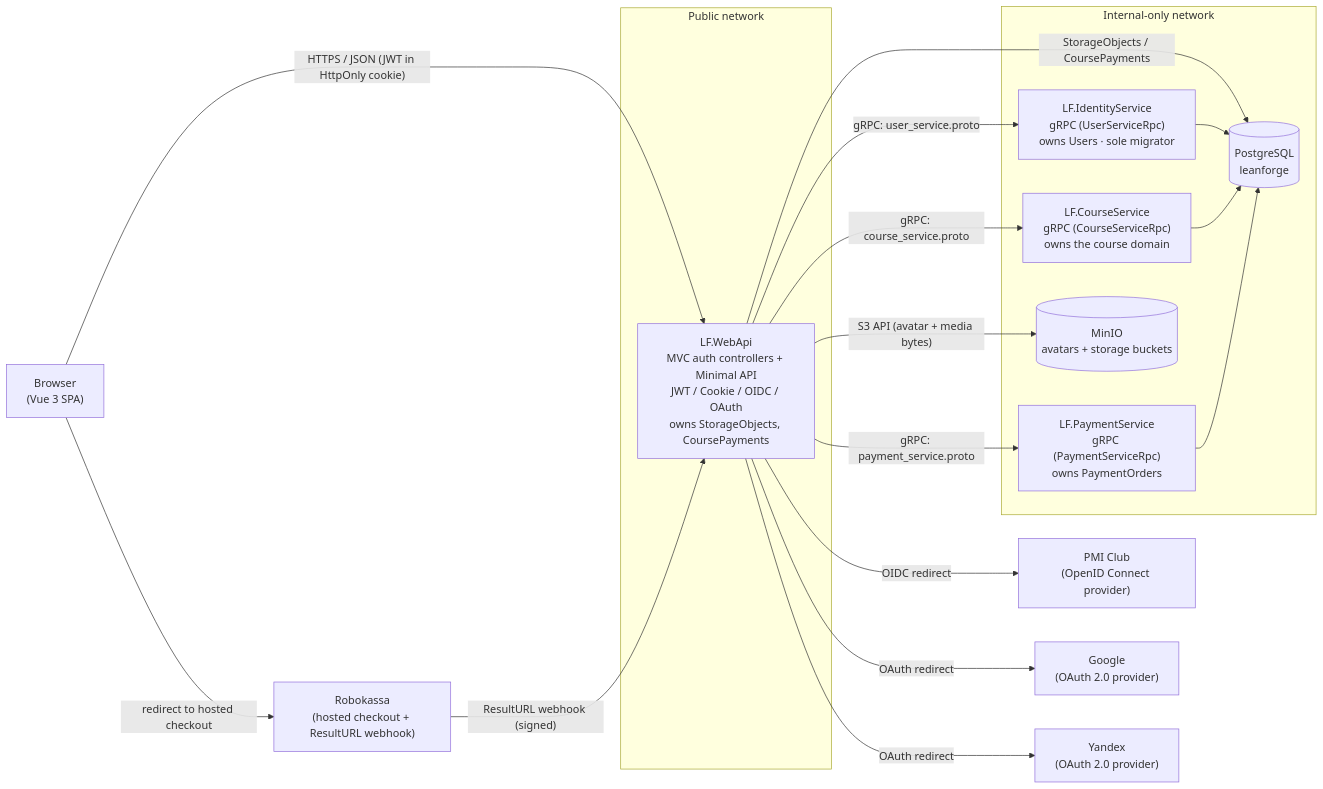
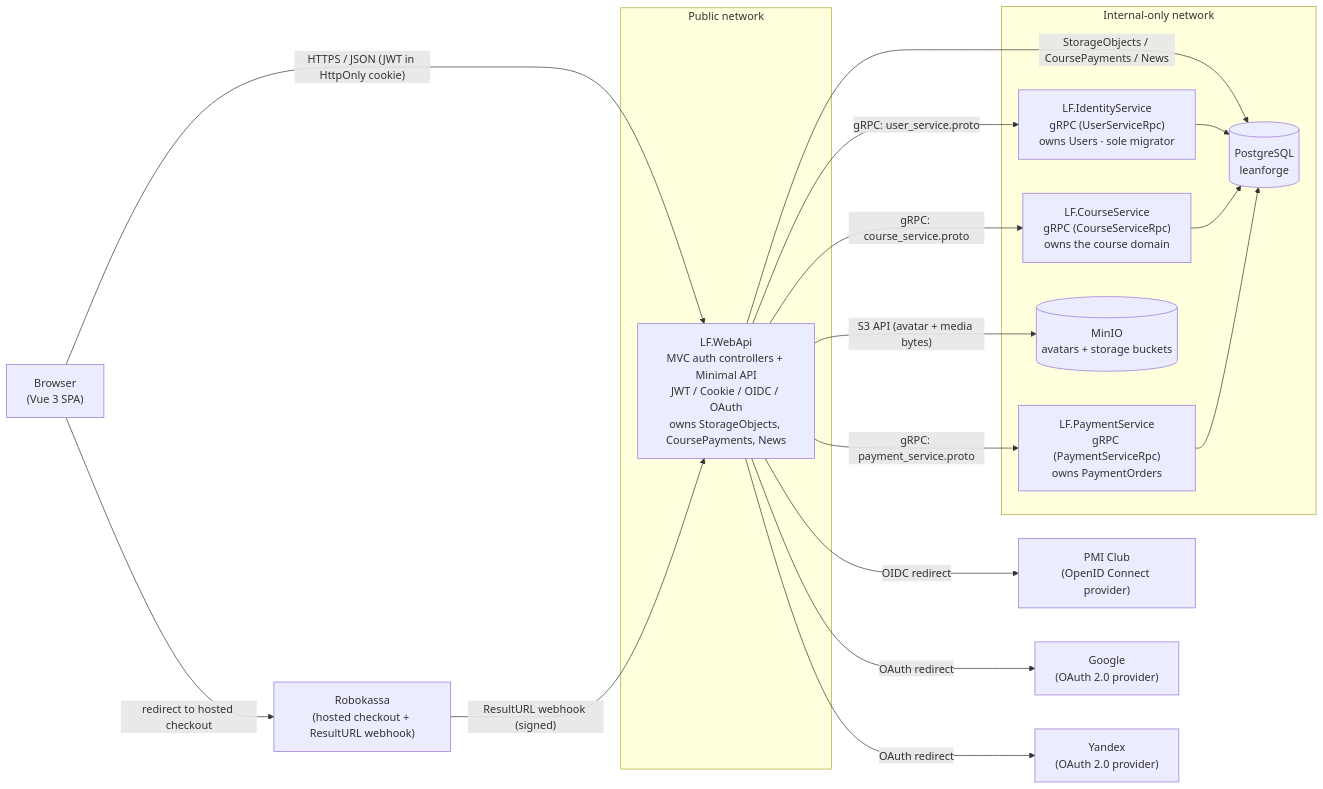
One commit to TopTuK/LeanForgeLMS changed the first of 2 diagrams in Architecture.md. Above: the diagram before and after it, drawn with Mermaid. The commit also changed other lines of this file and 66 other files, not shown here.

````diff
--- a/Architecture.md
+++ b/Architecture.md
@@ -46,35 +47,35 @@
 ```mermaid
 graph LR
     Browser["Browser<br/>(Vue 3 SPA)"]
     PMI["PMI Club<br/>(OpenID Connect provider)"]
     Google["Google<br/>(OAuth 2.0 provider)"]
     Yandex["Yandex<br/>(OAuth 2.0 provider)"]
     Robokassa["Robokassa<br/>(hosted checkout + ResultURL webhook)"]
 
     subgraph Public["Public network"]
-        WebApi["LF.WebApi<br/>MVC auth controllers + Minimal API<br/>JWT / Cookie / OIDC / OAuth<br/>owns StorageObjects, CoursePayments"]
+        WebApi["LF.WebApi<br/>MVC auth controllers + Minimal API<br/>JWT / Cookie / OIDC / OAuth<br/>owns StorageObjects, CoursePayments, News"]
     end
 
     subgraph Internal["Internal-only network"]
         IdentitySvc["LF.IdentityService<br/>gRPC (UserServiceRpc)<br/>owns Users · sole migrator"]
         CourseSvc["LF.CourseService<br/>gRPC (CourseServiceRpc)<br/>owns the course domain"]
         PaymentSvc["LF.PaymentService<br/>gRPC (PaymentServiceRpc)<br/>owns PaymentOrders"]
         Postgres[("PostgreSQL<br/>leanforge")]
         Minio[("MinIO<br/>avatars + storage buckets")]
     end
 
     Browser -- "HTTPS / JSON (JWT in HttpOnly cookie)" --> WebApi
     Browser -- "redirect to hosted checkout" --> Robokassa
     Robokassa -- "ResultURL webhook (signed)" --> WebApi
     WebApi -- "OIDC redirect" --> PMI
     WebApi -- "OAuth redirect" --> Google
     WebApi -- "OAuth redirect" --> Yandex
     WebApi -- "gRPC: user_service.proto" --> IdentitySvc
     WebApi -- "gRPC: course_service.proto" --> CourseSvc
     WebApi -- "gRPC: payment_service.proto" --> PaymentSvc
     WebApi -- "S3 API (avatar + media bytes)" --> Minio
-    WebApi -- "StorageObjects / CoursePayments" --> Postgres
+    WebApi -- "StorageObjects / CoursePayments / News" --> Postgres
     IdentitySvc --> Postgres
     CourseSvc --> Postgres
     PaymentSvc --> Postgres
 ```
````
